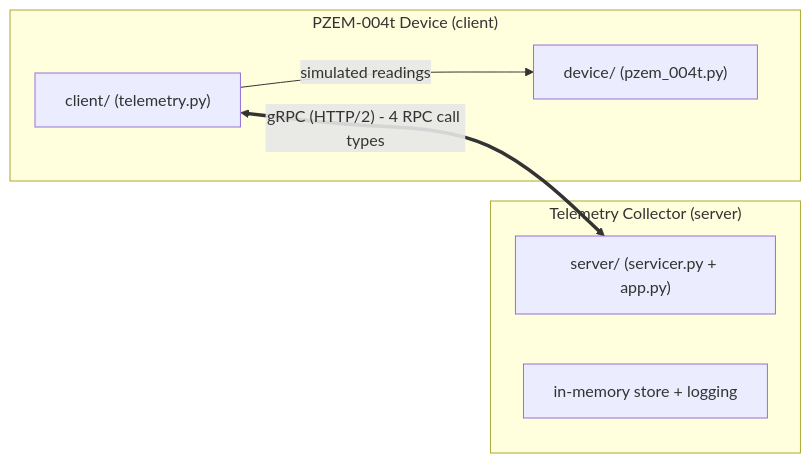
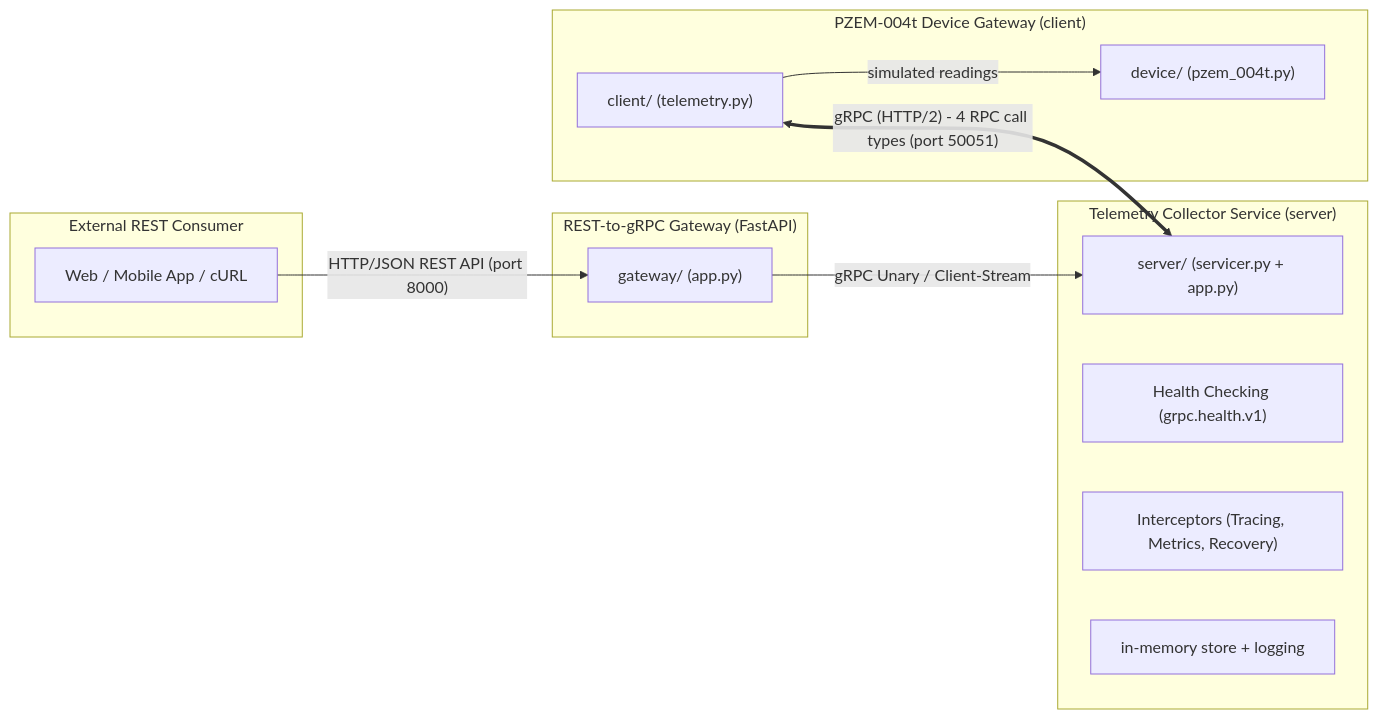
One commit to FarrelAD/Python-gRPC changed the diagram in README.md. Above: the diagram before and after it, drawn with Mermaid. The commit also changed other lines of this file and 14 other files, not shown here.

````diff
--- a/README.md
+++ b/README.md
@@ -10,14 +12,27 @@
 ```mermaid
 flowchart LR
-    subgraph Device["PZEM-004t Device (client)"]
+    subgraph RESTConsumer["External REST Consumer"]
+        Web["Web / Mobile App / cURL"]
+    end
+
+    subgraph Gateway["REST-to-gRPC Gateway (FastAPI)"]
+        GW["gateway/ (app.py)"]
+    end
+
+    subgraph Device["PZEM-004t Device Gateway (client)"]
         A1["client/ (telemetry.py)"]
         A2["device/ (pzem_004t.py)"]
     end
-    subgraph Collector["Telemetry Collector (server)"]
+
+    subgraph Collector["Telemetry Collector Service (server)"]
         B1["server/ (servicer.py + app.py)"]
-        B2["in-memory store + logging"]
+        B2["Health Checking (grpc.health.v1)"]
+        B3["Interceptors (Tracing, Metrics, Recovery)"]
+        B4["in-memory store + logging"]
     end
 
-    A1 <==> |"gRPC (HTTP/2) - 4 RPC call types"| B1
+    Web --> |"HTTP/JSON REST API (port 8000)"| GW
+    GW --> |"gRPC Unary / Client-Stream"| B1
+    A1 <==> |"gRPC (HTTP/2) - 4 RPC call types (port 50051)"| B1
     A1 -- "simulated readings" --> A2
 ```
````
